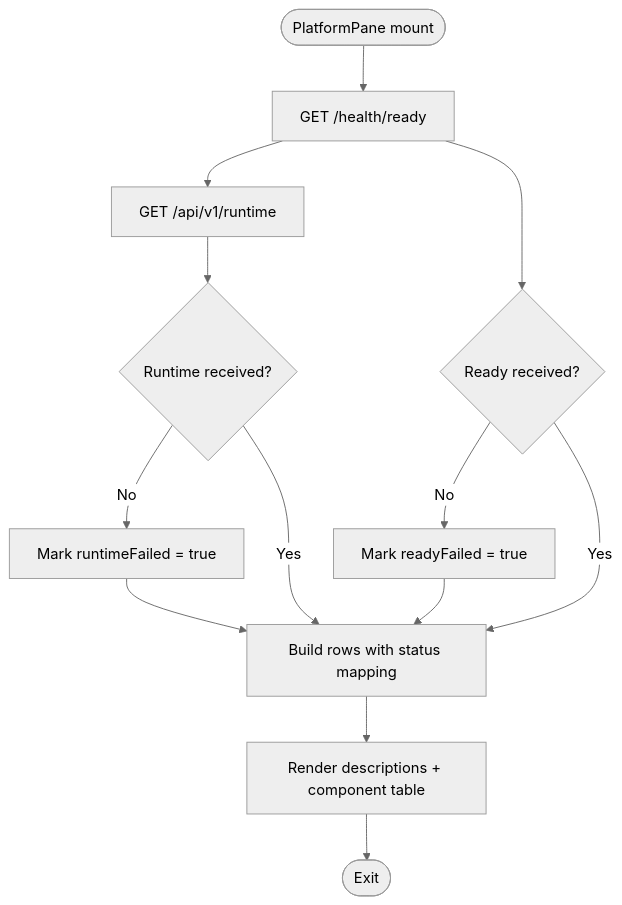
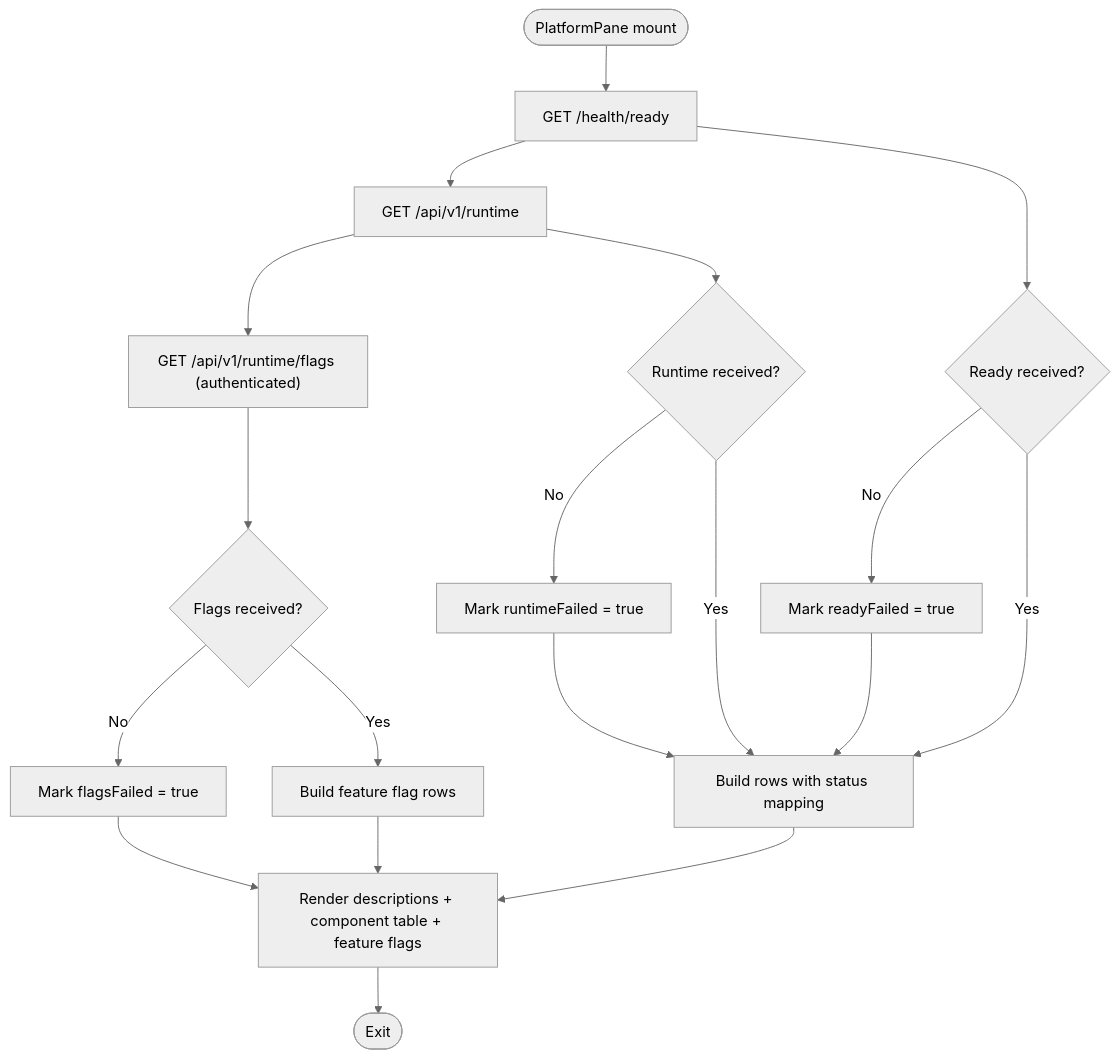
Before and after one commit to metasync/luban-aiops: the fifth of 9 diagrams in .qoder/repowiki/en/content/Operator Portal/Settings & Configuration.md, drawn with Mermaid (neutral theme). The commit also changed other lines of this file and 6 other files, not shown here.

````diff
--- a/.qoder/repowiki/en/content/Operator Portal/Settings & Configuration.md
+++ b/.qoder/repowiki/en/content/Operator Portal/Settings & Configuration.md
@@ -152,15 +170,21 @@
 ```mermaid
 flowchart TD
 Start(["PlatformPane mount"]) --> FetchReady["GET /health/ready"]
 FetchReady --> FetchRuntime["GET /api/v1/runtime"]
+FetchRuntime --> FetchFlags["GET /api/v1/runtime/flags (authenticated)"]
 FetchReady --> ReadyOK{"Ready received?"}
 FetchRuntime --> RuntimeOK{"Runtime received?"}
+FetchFlags --> FlagsOK{"Flags received?"}
 ReadyOK --> |No| MarkReadyFailed["Mark readyFailed = true"]
 RuntimeOK --> |No| MarkRuntimeFailed["Mark runtimeFailed = true"]
+FlagsOK --> |No| MarkFlagsFailed["Mark flagsFailed = true"]
 ReadyOK --> |Yes| BuildRows["Build rows with status mapping"]
 RuntimeOK --> |Yes| BuildRows
-BuildRows --> Render["Render descriptions + component table"]
+FlagsOK --> |Yes| BuildFlagRows["Build feature flag rows"]
+BuildRows --> Render["Render descriptions + component table + feature flags"]
+BuildFlagRows --> Render
 MarkReadyFailed --> BuildRows
 MarkRuntimeFailed --> BuildRows
+MarkFlagsFailed --> Render
 Render --> End(["Exit"])
 ```
````
